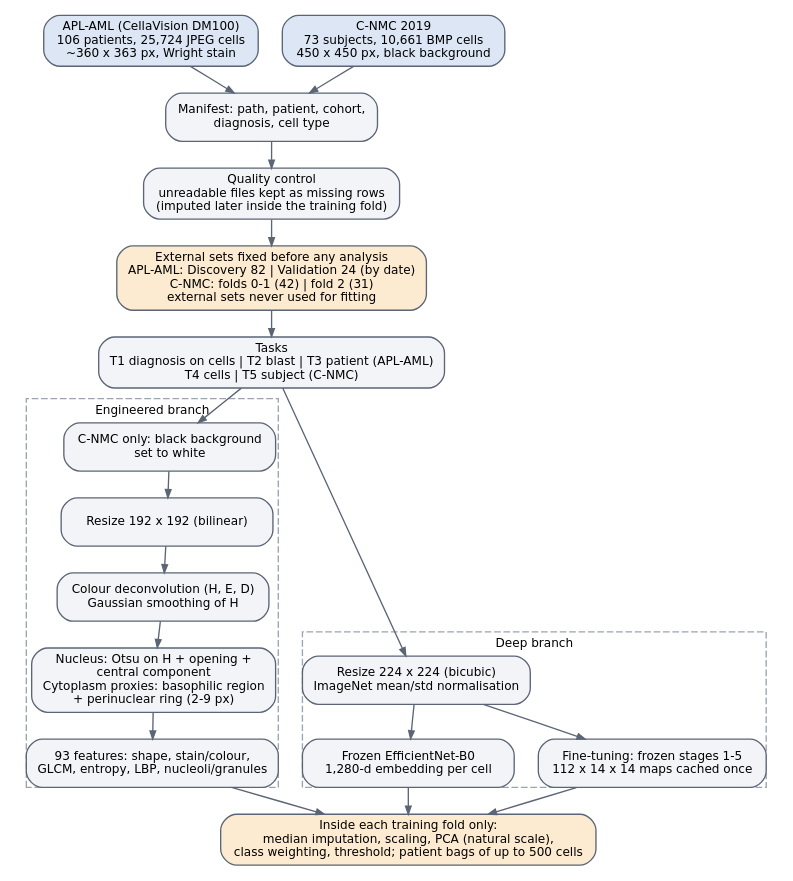
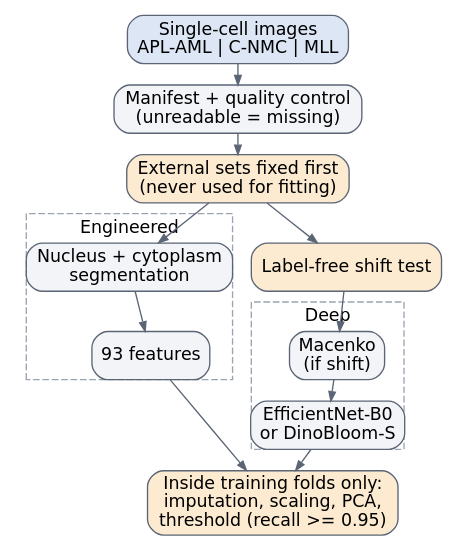
The diagram in manuscript/figures/fig_preprocessing.dot (Sherif-Hussein/leukemia-leakage-benchmark), drawn with Graphviz before and after one commit. The commit also changed 31 other files, not shown here.

```diff
--- a/manuscript/figures/fig_preprocessing.dot
+++ b/manuscript/figures/fig_preprocessing.dot
@@ -1,28 +1,21 @@
 digraph G {
-  graph [rankdir=TB, fontname="DejaVu Sans", fontsize=10, nodesep=0.25, ranksep=0.28, margin=0.05];
-  node  [shape=box, style="rounded,filled", fillcolor="#F2F4F7", color="#5B6575", fontname="DejaVu Sans", fontsize=9, width=2.2];
-  edge  [color="#5B6575", arrowsize=0.6];
-  raw1  [label="APL-AML (CellaVision DM100)\n106 patients, 25,724 JPEG cells\n~360 x 363 px, Wright stain", fillcolor="#DCE6F5"];
-  raw2  [label="C-NMC 2019\n73 subjects, 10,661 BMP cells\n450 x 450 px, black background", fillcolor="#DCE6F5"];
-  man   [label="Manifest: path, patient, cohort,\ndiagnosis, cell type"];
-  qc    [label="Quality control\nunreadable files kept as missing rows\n(imputed later inside the training fold)"];
-  split [label="External sets fixed before any analysis\nAPL-AML: Discovery 82 | Validation 24 (by date)\nC-NMC: folds 0-1 (42) | fold 2 (31)\nexternal sets never used for fitting", fillcolor="#FCEBD0"];
-  task  [label="Tasks\nT1 diagnosis on cells | T2 blast | T3 patient (APL-AML)\nT4 cells | T5 subject (C-NMC)"];
-  subgraph cluster_a { label="Engineered branch"; fontsize=9; color="#9AA4B2"; style=dashed;
-    bg  [label="C-NMC only: black background\nset to white"];
-    rs1 [label="Resize 192 x 192 (bilinear)"];
-    hed [label="Colour deconvolution (H, E, D)\nGaussian smoothing of H"];
-    seg [label="Nucleus: Otsu on H + opening +\ncentral component\nCytoplasm proxies: basophilic region\n+ perinuclear ring (2-9 px)"];
-    fe  [label="93 features: shape, stain/colour,\nGLCM, entropy, LBP, nucleoli/granules"];
+  graph [rankdir=TB, fontname="DejaVu Sans", nodesep=0.2, ranksep=0.22, margin=0.03];
+  node  [shape=box, style="rounded,filled", fillcolor="#F2F4F7", color="#5B6575", fontname="DejaVu Sans", fontsize=13, margin="0.08,0.04"];
+  edge  [color="#5B6575", arrowsize=0.7];
+  raw  [label="Single-cell images\nAPL-AML | C-NMC | MLL", fillcolor="#DCE6F5"];
+  man  [label="Manifest + quality control\n(unreadable = missing)"];
+  split[label="External sets fixed first\n(never used for fitting)", fillcolor="#FCEBD0"];
+  shift[label="Label-free shift test", fillcolor="#FCEBD0"];
+  subgraph cluster_a { label="Engineered"; fontsize=13; color="#9AA4B2"; style=dashed;
+    seg [label="Nucleus + cytoplasm\nsegmentation"];
+    fe  [label="93 features"];
   }
-  subgraph cluster_b { label="Deep branch"; fontsize=9; color="#9AA4B2"; style=dashed;
-    rs2 [label="Resize 224 x 224 (bicubic)\nImageNet mean/std normalisation"];
-    enc [label="Frozen EfficientNet-B0\n1,280-d embedding per cell"];
-    cache [label="Fine-tuning: frozen stages 1-5\n112 x 14 x 14 maps cached once"];
+  subgraph cluster_b { label="Deep"; fontsize=13; color="#9AA4B2"; style=dashed;
+    mac [label="Macenko\n(if shift)"];
+    cnn [label="EfficientNet-B0\nor DinoBloom-S"];
   }
-  fold [label="Inside each training fold only:\nmedian imputation, scaling, PCA (natural scale),\nclass weighting, threshold; patient bags of up to 500 cells", fillcolor="#FCEBD0"];
-  raw1 -> man; raw2 -> man; man -> qc -> split -> task;
-  task -> bg -> rs1 -> hed -> seg -> fe;
-  task -> rs2; rs2 -> enc; rs2 -> cache;
-  fe -> fold; enc -> fold; cache -> fold;
+  fold [label="Inside training folds only:\nimputation, scaling, PCA,\nthreshold (recall >= 0.95)", fillcolor="#FCEBD0"];
+  raw -> man -> split -> shift;
+  split -> seg -> fe -> fold;
+  shift -> mac -> cnn -> fold;
 }
```
